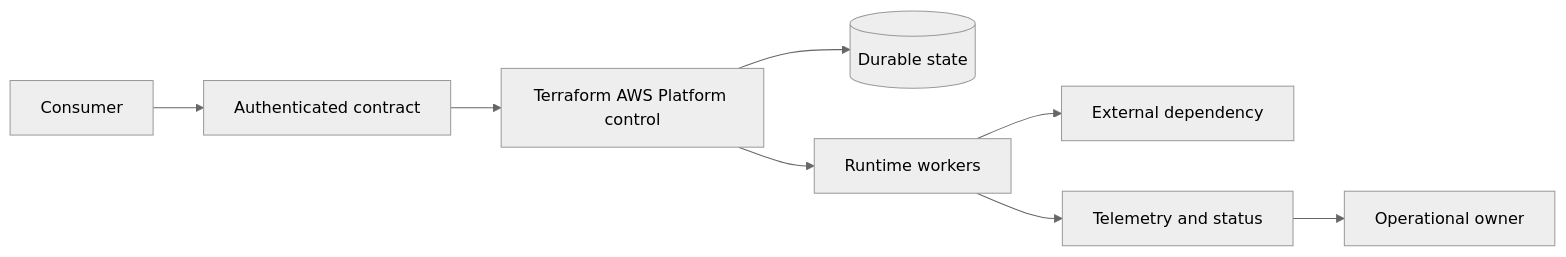
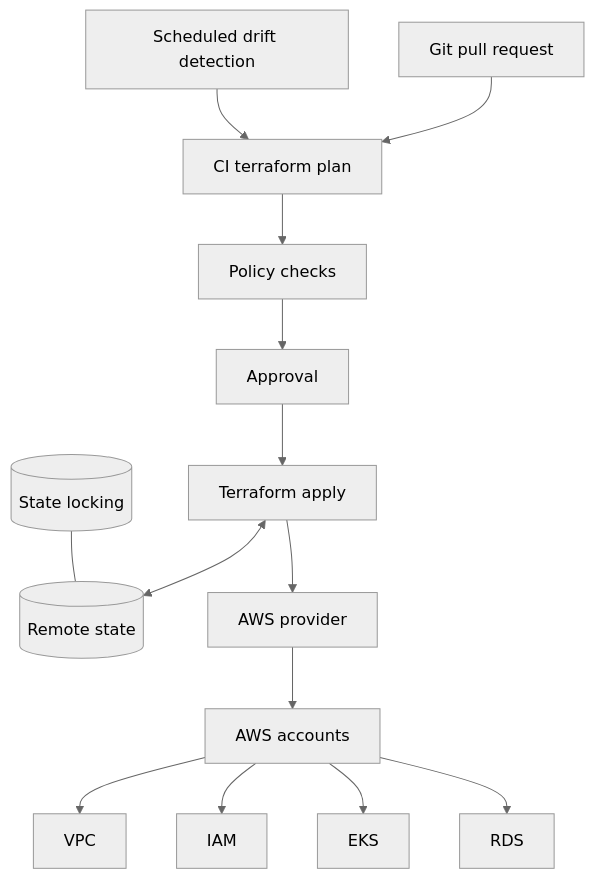
One commit to m1mohamad/devops-sre-prep changed the diagram in docs/architecture/terraform-aws-platform.md. Above: the diagram before and after it, drawn with Mermaid (neutral theme). The commit also changed other lines of this file and 61 other files, not shown here.

Commit message:
Replace generic architecture and study templates

````diff
--- a/docs/architecture/terraform-aws-platform.md
+++ b/docs/architecture/terraform-aws-platform.md
@@ -15,10 +15,13 @@
 ```mermaid
-flowchart LR
-  User[Consumer] --> Edge[Authenticated contract]
-  Edge --> Control[Terraform AWS Platform control]
-  Control --> State[(Durable state)]
-  Control --> Runtime[Runtime workers]
-  Runtime --> Dependency[External dependency]
-  Runtime --> Signals[Telemetry and status]
-  Signals --> Owner[Operational owner]
+flowchart TB
+  PR[Git pull request] --> Plan[CI terraform plan] --> Policy[Policy checks] --> Approval[Approval] --> Apply[Terraform apply]
+  Apply <--> State[(Remote state)]
+  Lock[(State locking)] --- State
+  Apply --> Provider[AWS provider]
+  Provider --> Accounts[AWS accounts]
+  Accounts --> VPC[VPC]
+  Accounts --> IAM[IAM]
+  Accounts --> EKS[EKS]
+  Accounts --> RDS[RDS]
+  Drift[Scheduled drift detection] --> Plan
 ```
````
